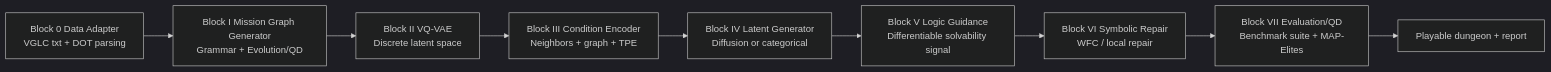
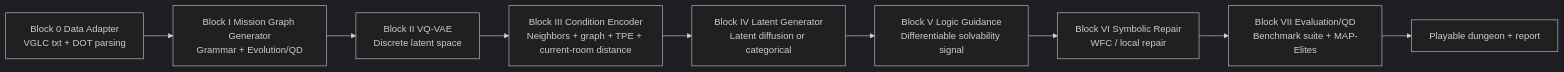
The first of 2 diagrams in docs/SOTA_COMPARISON_AND_BENCHMARKS.md (minhphuc477/KLTN), drawn with Mermaid (dark theme) before and after one commit. The commit also changed other lines of this file and 41 other files, not shown here.

````diff
--- a/docs/SOTA_COMPARISON_AND_BENCHMARKS.md
+++ b/docs/SOTA_COMPARISON_AND_BENCHMARKS.md
@@ -129,14 +141,14 @@
 ```mermaid
 flowchart LR
   B0[Block 0 Data Adapter<br/>VGLC txt + DOT parsing]
   B1[Block I Mission Graph Generator<br/>Grammar + Evolution/QD]
   B2[Block II VQ-VAE<br/>Discrete latent space]
-  B3[Block III Condition Encoder<br/>Neighbors + graph + TPE]
-  B4[Block IV Latent Generator<br/>Diffusion or categorical]
+  B3[Block III Condition Encoder<br/>Neighbors + graph + TPE + current-room distance]
+  B4[Block IV Latent Generator<br/>Latent diffusion or categorical]
   B5[Block V Logic Guidance<br/>Differentiable solvability signal]
   B6[Block VI Symbolic Repair<br/>WFC / local repair]
   B7[Block VII Evaluation/QD<br/>Benchmark suite + MAP-Elites]
   OUT[Playable dungeon + report]
 
   B0 --> B1 --> B2 --> B3 --> B4 --> B5 --> B6 --> B7 --> OUT
 ```
````
